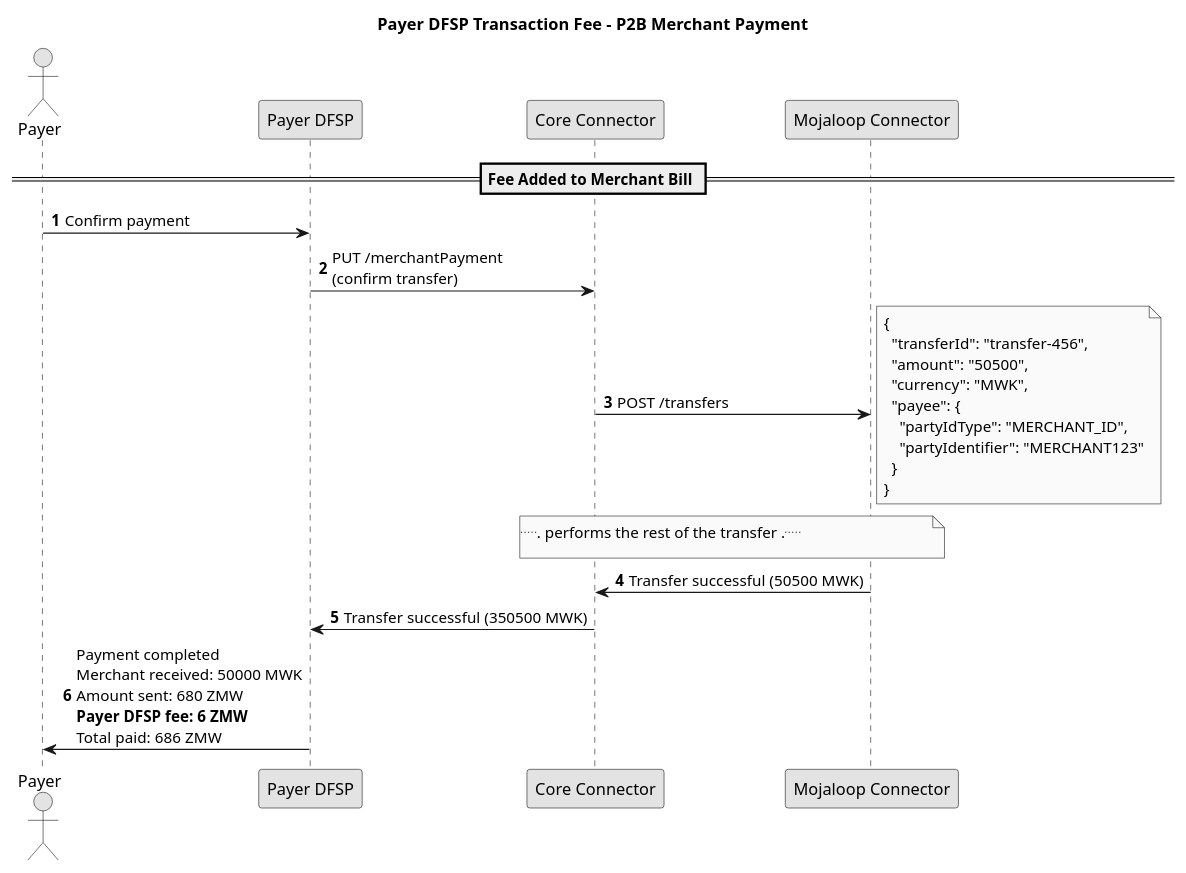
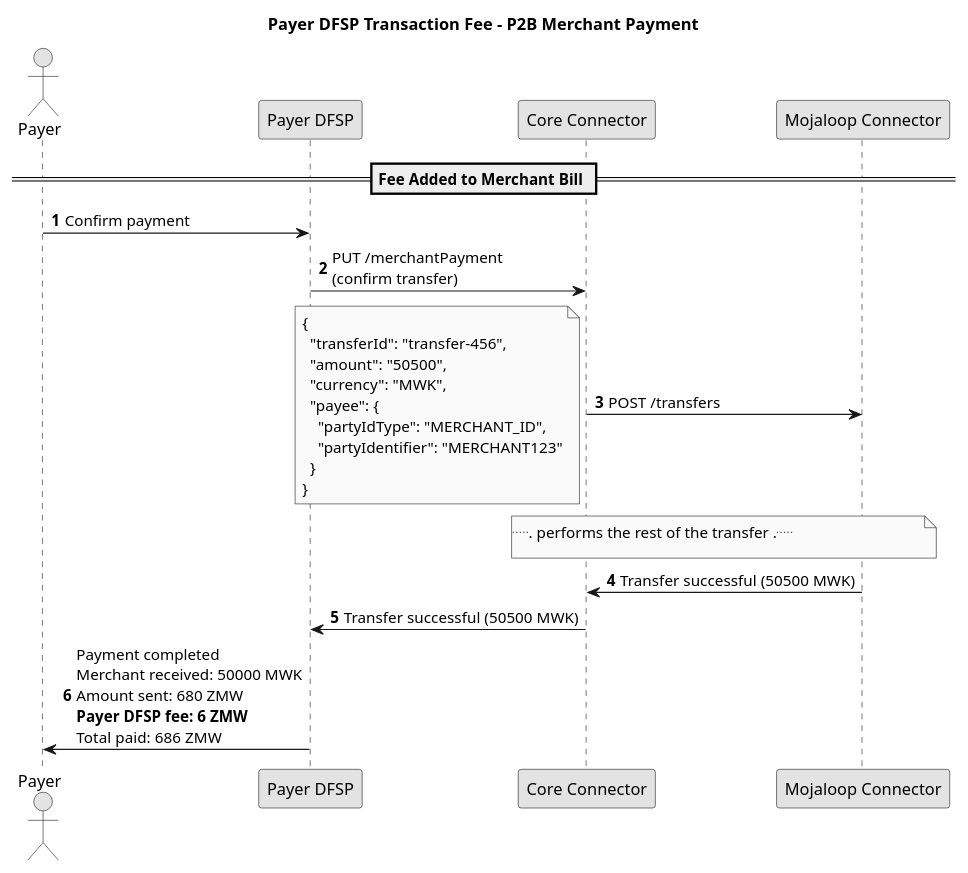
Before and after one commit to infitx-org/participation-tool-docs: the diagram in md-docs/fees/SequenceDiagram/PayerDFSP_P2B_Fees - transfer.plantuml, drawn with PlantUML. The commit also changed 13 other files, not shown here.

```diff
--- a/md-docs/fees/SequenceDiagram/PayerDFSP_P2B_Fees - transfer.plantuml
+++ b/md-docs/fees/SequenceDiagram/PayerDFSP_P2B_Fees - transfer.plantuml
@@ -1,35 +1,35 @@
 @startuml PayerDFSP_P2B_Fees - transfer
 title Payer DFSP Transaction Fee - P2B Merchant Payment
 skinparam monochrome true
 autonumber
 
 actor "Payer" as Payer
 participant "Payer DFSP" as PayerFSP
 participant "Core Connector" as CC
 participant "Mojaloop Connector" as MC
 
 == Fee Added to Merchant Bill ==
 Payer -> PayerFSP: Confirm payment
 
 PayerFSP -> CC: PUT /merchantPayment\n(confirm transfer)
 
 CC -> MC: POST /transfers
-note right
+note left
 {
   "transferId": "transfer-456",
   "amount": "50500",
   "currency": "MWK",
   "payee": {
     "partyIdType": "MERCHANT_ID",
     "partyIdentifier": "MERCHANT123"
   }
 }
 end note
 
 note over MC, CC: ... performs the rest of the transfer ...
 
 MC -> CC: Transfer successful (50500 MWK)
-CC -> PayerFSP: Transfer successful (350500 MWK)
+CC -> PayerFSP: Transfer successful (50500 MWK)
 PayerFSP -> Payer: Payment completed\nMerchant received: 50000 MWK\nAmount sent: 680 ZMW\n**Payer DFSP fee: 6 ZMW**\nTotal paid: 686 ZMW
 
 @enduml
```
